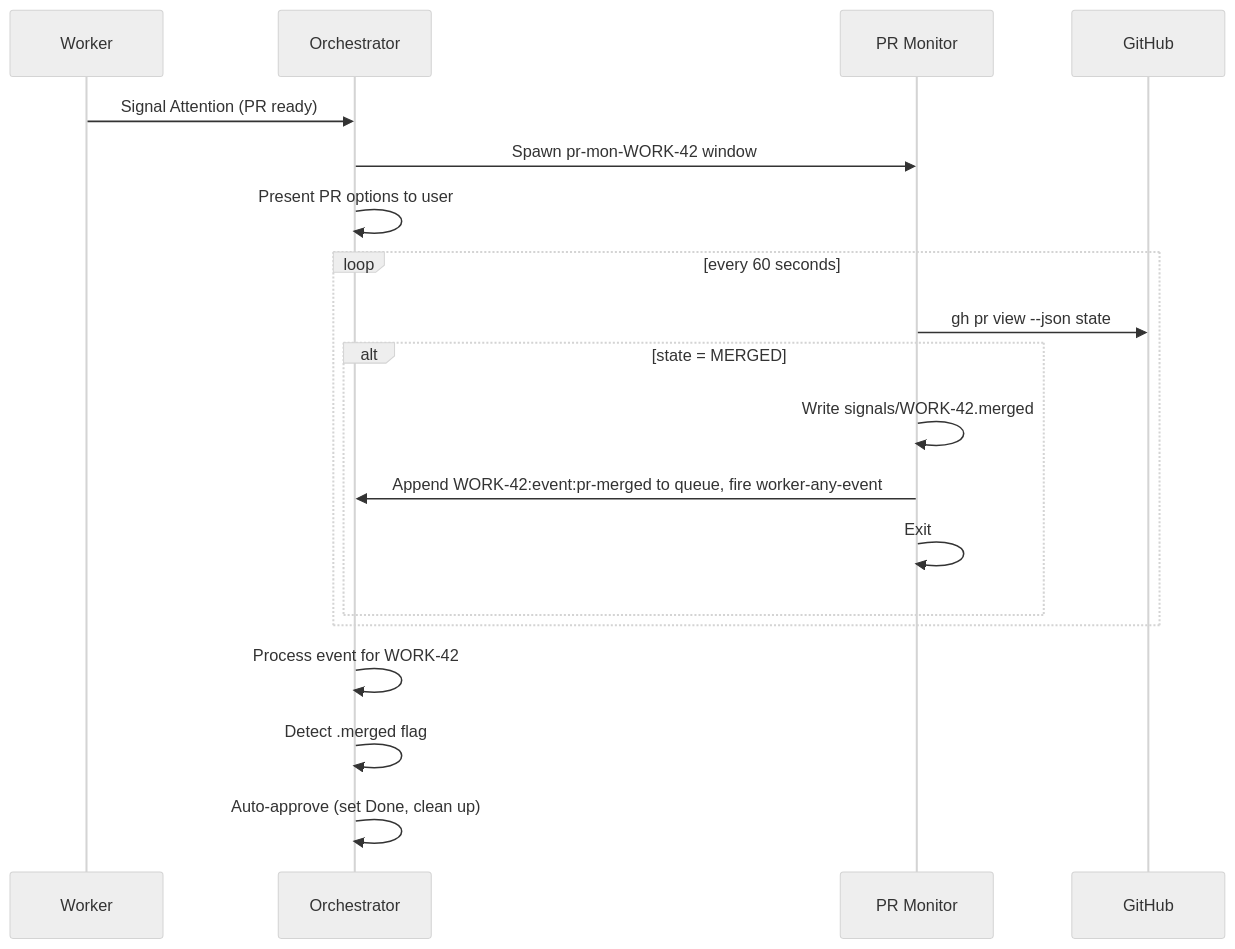
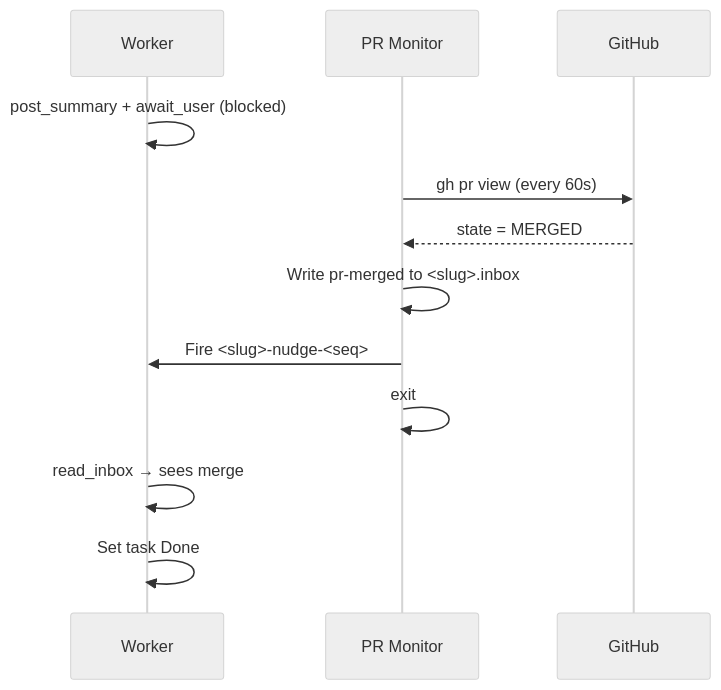
The fifth of 7 diagrams in docs/agentic-workflow.md (gara2000/agentmesh), drawn with Mermaid (neutral theme) before and after one commit. The commit also changed other lines of this file and 56 other files, not shown here.

First line of the commit message:
refactor(core): make NoteCove the only user-agent interaction surface [WORK-fjt]

````diff
--- a/docs/agentic-workflow.md
+++ b/docs/agentic-workflow.md
@@ -439,24 +333,15 @@
 ```mermaid
 sequenceDiagram
     participant W as Worker
-    participant O as Orchestrator
     participant PM as PR Monitor
     participant GH as GitHub
 
-    W->>O: Signal Attention (PR ready)
-    O->>PM: Spawn pr-mon-WORK-42 window
-    O->>O: Present PR options to user
-
-    loop every 60 seconds
-        PM->>GH: gh pr view --json state
-        alt state = MERGED
-            PM->>PM: Write signals/WORK-42.merged
-            PM->>O: Append WORK-42:event:pr-merged to queue, fire worker-any-event
-            PM->>PM: Exit
-        end
-    end
-
-    O->>O: Process event for WORK-42
-    O->>O: Detect .merged flag
-    O->>O: Auto-approve (set Done, clean up)
+    W->>W: post_summary + await_user (blocked)
+    PM->>GH: gh pr view (every 60s)
+    GH-->>PM: state = MERGED
+    PM->>PM: Write pr-merged to <slug>.inbox
+    PM->>W: Fire <slug>-nudge-<seq>
+    PM->>PM: exit
+    W->>W: read_inbox → sees merge
+    W->>W: Set task Done
 ```
````
